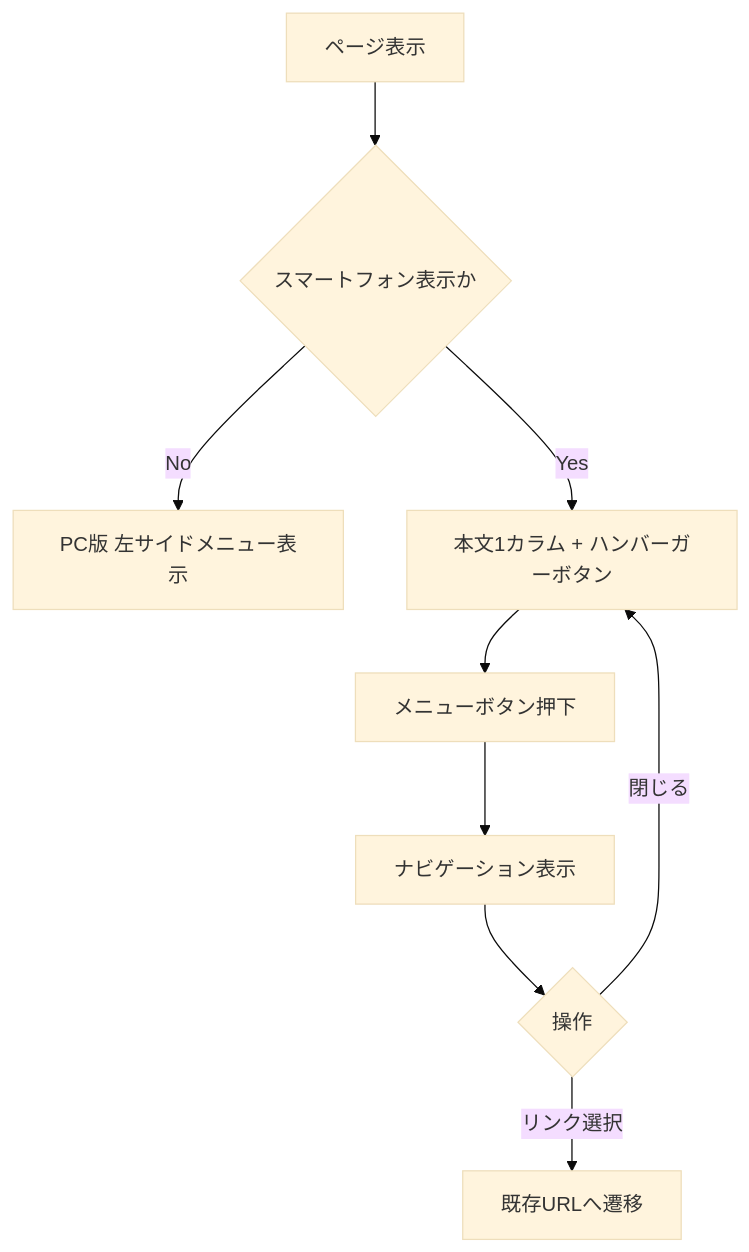
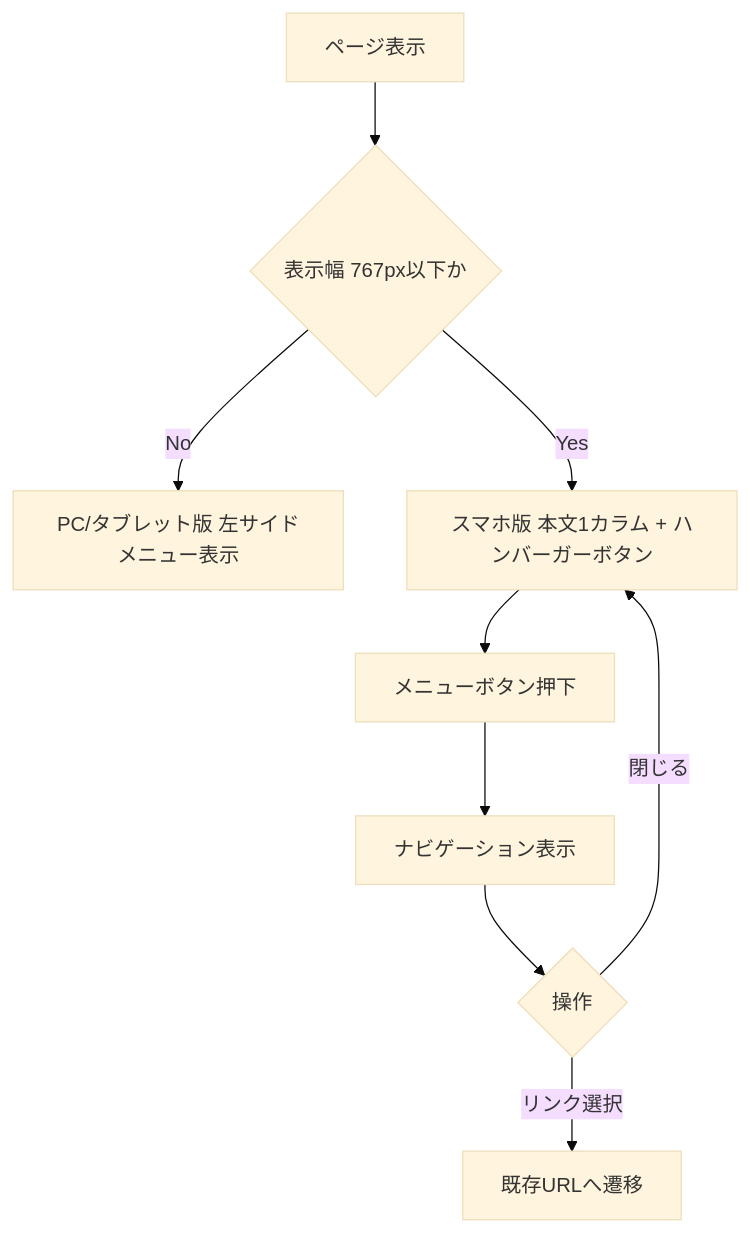
The diagram in .document/v1.1/04_画面・画面遷移.md (yuki746289/product_blog_ryutai), drawn with Mermaid (base theme) before and after one commit. The commit also changed other lines of this file, not shown here.

````diff
--- a/.document/v1.1/04_画面・画面遷移.md
+++ b/.document/v1.1/04_画面・画面遷移.md
@@ -47,11 +49,11 @@
 ```mermaid
 flowchart TD
-    A[ページ表示] --> B{スマートフォン表示か}
-    B -->|No| C[PC版 左サイドメニュー表示]
-    B -->|Yes| D[本文1カラム + ハンバーガーボタン]
+    A[ページ表示] --> B{表示幅 767px以下か}
+    B -->|No| C[PC/タブレット版 左サイドメニュー表示]
+    B -->|Yes| D[スマホ版 本文1カラム + ハンバーガーボタン]
     D --> E[メニューボタン押下]
     E --> F[ナビゲーション表示]
     F --> G{操作}
     G -->|リンク選択| H[既存URLへ遷移]
     G -->|閉じる| D
 ```
````
